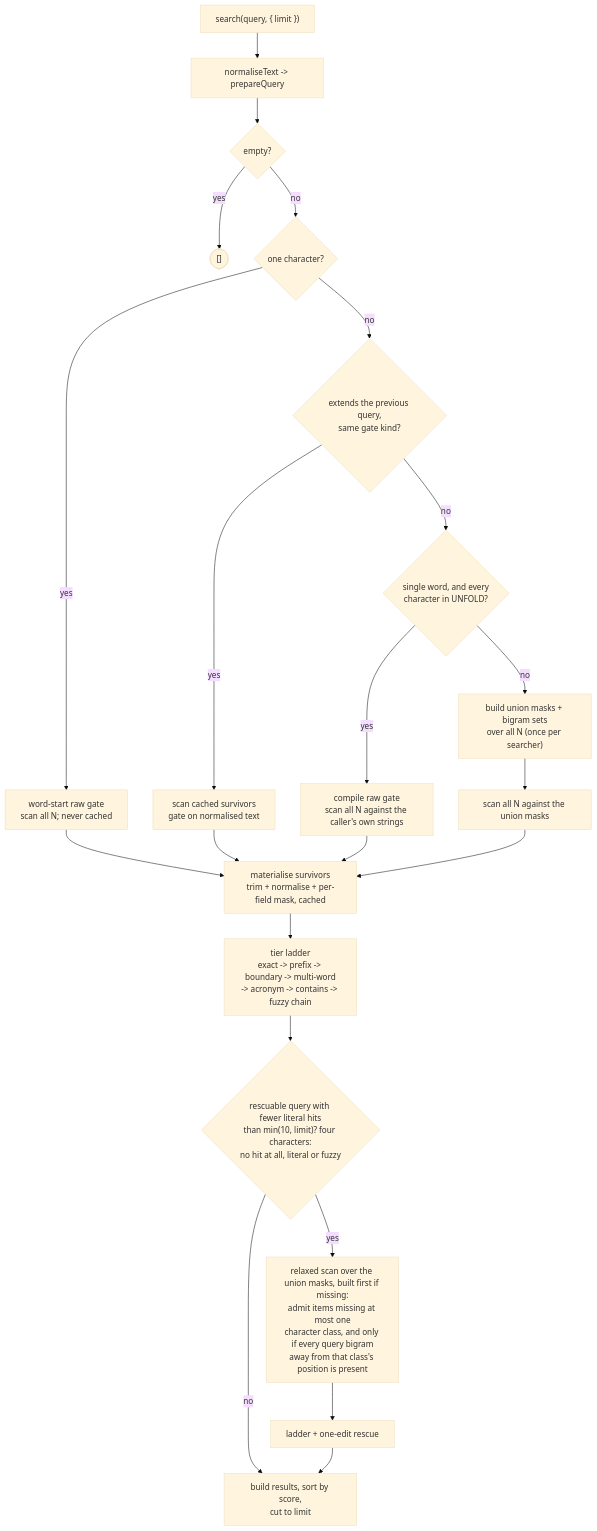
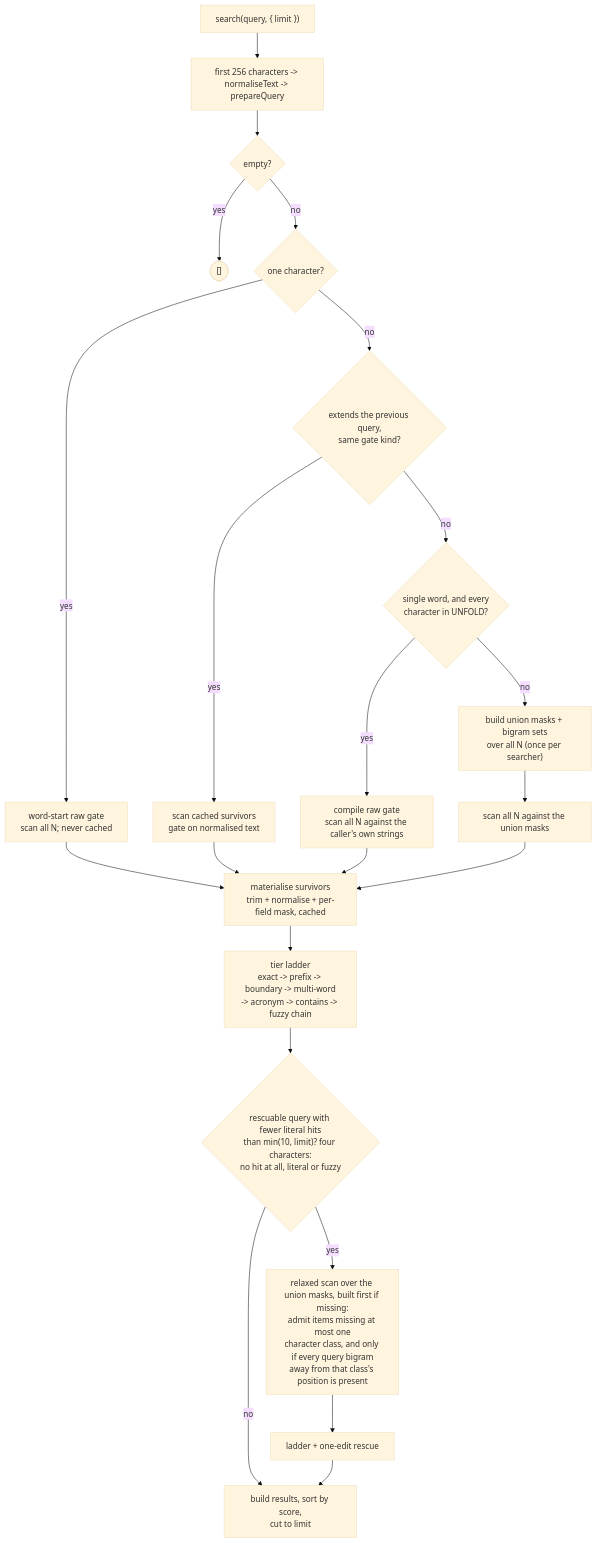
Before and after one commit to MMMikeM/ekrina: the second of 2 diagrams in docs/pipeline.md, drawn with Mermaid (base theme). The commit also changed other lines of this file and 10 other files, not shown here.

````diff
--- a/docs/pipeline.md
+++ b/docs/pipeline.md
@@ -27,26 +27,26 @@
 ```mermaid
 flowchart TD
-    Q["search(query, { limit })"] --> P["normaliseText -> prepareQuery"]
+    Q["search(query, { limit })"] --> P["first 256 characters -> normaliseText -> prepareQuery"]
     P --> E{"empty?"}
     E -->|yes| Z(["[]"])
     E -->|no| ONE{"one character?"}
     ONE -->|yes| WS["word-start raw gate<br/>scan all N; never cached"]
     WS --> MAT
     ONE -->|no| N{"extends the previous query,<br/>same gate kind?"}
 
     N -->|yes| NAR["scan cached survivors<br/>gate on normalised text"]
     N -->|no| RG{"single word, and every<br/>character in UNFOLD?"}
     RG -->|yes| RAW["compile raw gate<br/>scan all N against the caller's own strings"]
     RG -->|no| MASK["build union masks + bigram sets<br/>over all N (once per searcher)"]
     MASK --> MSCAN["scan all N against the union masks"]
 
     NAR --> MAT
     RAW --> MAT["materialise survivors<br/>trim + normalise + per-field mask, cached"]
     MSCAN --> MAT
     MAT --> LAD["tier ladder<br/>exact -> prefix -> boundary -> multi-word<br/>-> acronym -> contains -> fuzzy chain"]
     LAD --> LIT{"rescuable query with fewer literal hits<br/>than min(10, limit)? four characters:<br/>no hit at all, literal or fuzzy"}
     LIT -->|no| OUT["build results, sort by score,<br/>cut to limit"]
     LIT -->|yes| REL["relaxed scan over the union masks, built first if missing:<br/>admit items missing at most one<br/>character class, and only if every query bigram<br/>away from that class's position is present"]
     REL --> RES["ladder + one-edit rescue"]
     RES --> OUT
 ```
````
